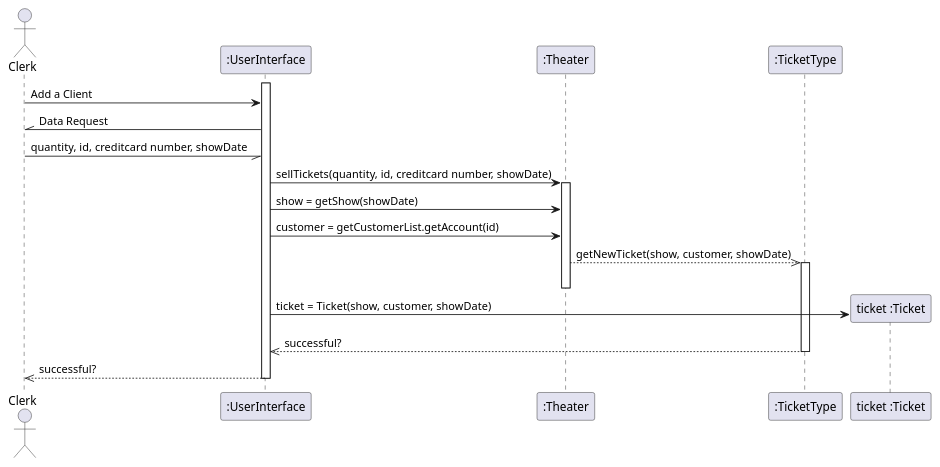
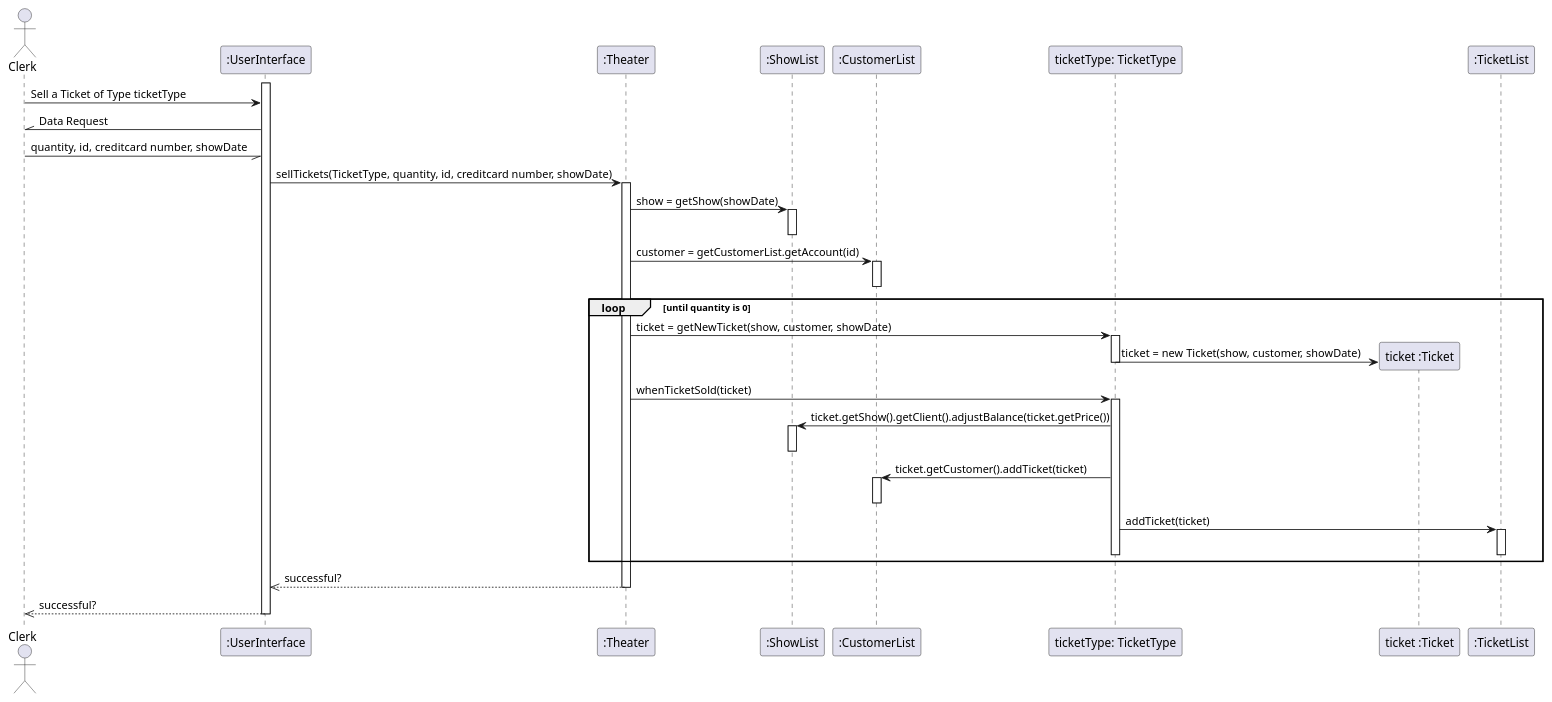
One commit to FreezeWarp/372Groupwork changed the diagram in src/SequenceDiagrams/SellTicket.pu. Above: the diagram before and after it, drawn with PlantUML. The commit also changed 1 other file, not shown here.

Commit message:
Fix/update SellTicket Sequence Diagram

```diff
--- a/src/SequenceDiagrams/SellTicket.pu
+++ b/src/SequenceDiagrams/SellTicket.pu
@@ -1,22 +1,43 @@
 @startuml
 
 actor Clerk
 
 activate ":UserInterface"
-Clerk -> ":UserInterface" : Add a Client
+Clerk -> ":UserInterface" : Sell a Ticket of Type ticketType
 Clerk //- ":UserInterface": Data Request
 Clerk -// ":UserInterface": quantity, id, creditcard number, showDate
-":UserInterface" -> ":Theater" : sellTickets(quantity, id, creditcard number, showDate)
+":UserInterface" -> ":Theater" : sellTickets(TicketType, quantity, id, creditcard number, showDate)
 activate ":Theater"
-":UserInterface" -> ":Theater": show = getShow(showDate)
-":UserInterface" -> ":Theater": customer = getCustomerList.getAccount(id)
-":Theater" -->> ":TicketType": getNewTicket(show, customer, showDate)
-activate ":TicketType"
+":Theater" -> ":ShowList" : show = getShow(showDate)
+activate ":ShowList"
+deactivate ":ShowList"
+":Theater" -> ":CustomerList" : customer = getCustomerList.getAccount(id)
+activate ":CustomerList"
+deactivate ":CustomerList"
+
+loop until quantity is 0
+    ":Theater" -> "ticketType: TicketType": ticket = getNewTicket(show, customer, showDate)
+    activate "ticketType: TicketType"
+    create "ticket :Ticket"
+    "ticketType: TicketType" -> "ticket :Ticket": ticket = new Ticket(show, customer, showDate)
+    deactivate "ticketType: TicketType"
+
+    ":Theater" -> "ticketType: TicketType": whenTicketSold(ticket)
+    activate "ticketType: TicketType"
+    "ticketType: TicketType" -> ":ShowList": ticket.getShow().getClient().adjustBalance(ticket.getPrice())
+    activate ":ShowList"
+    deactivate ":ShowList"
+    "ticketType: TicketType" -> ":CustomerList": ticket.getCustomer().addTicket(ticket)
+    activate ":CustomerList"
+    deactivate ":CustomerList"
+    "ticketType: TicketType" -> ":TicketList": addTicket(ticket)
+    activate ":TicketList"
+    deactivate ":TicketList"
+    deactivate "ticketType: TicketType"
+end
+
+":Theater" -->> ":UserInterface" : successful?
 deactivate ":Theater"
-create "ticket :Ticket"
-":UserInterface" -> "ticket :Ticket": ticket = Ticket(show, customer, showDate)
-":TicketType" -->> ":UserInterface" : successful?
-deactivate ":TicketType"
 ":UserInterface" -->> Clerk : successful?
 deactivate ":UserInterface"
 @enduml
```
